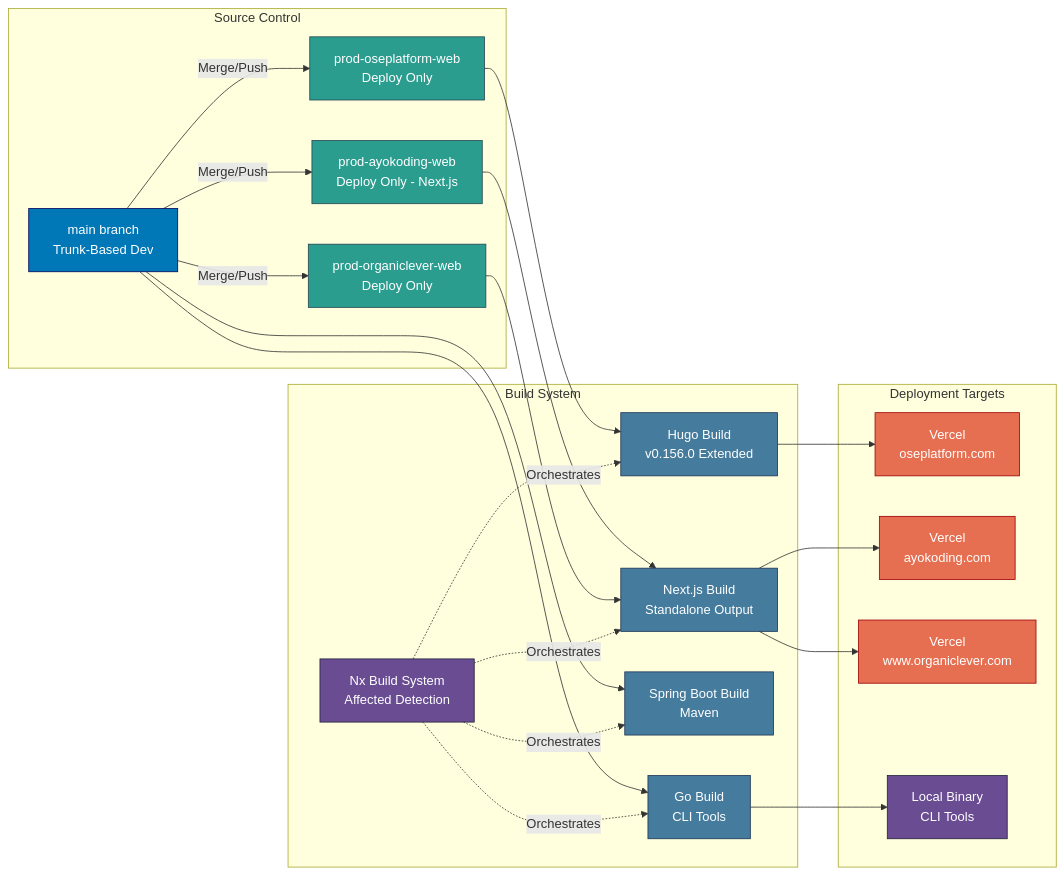
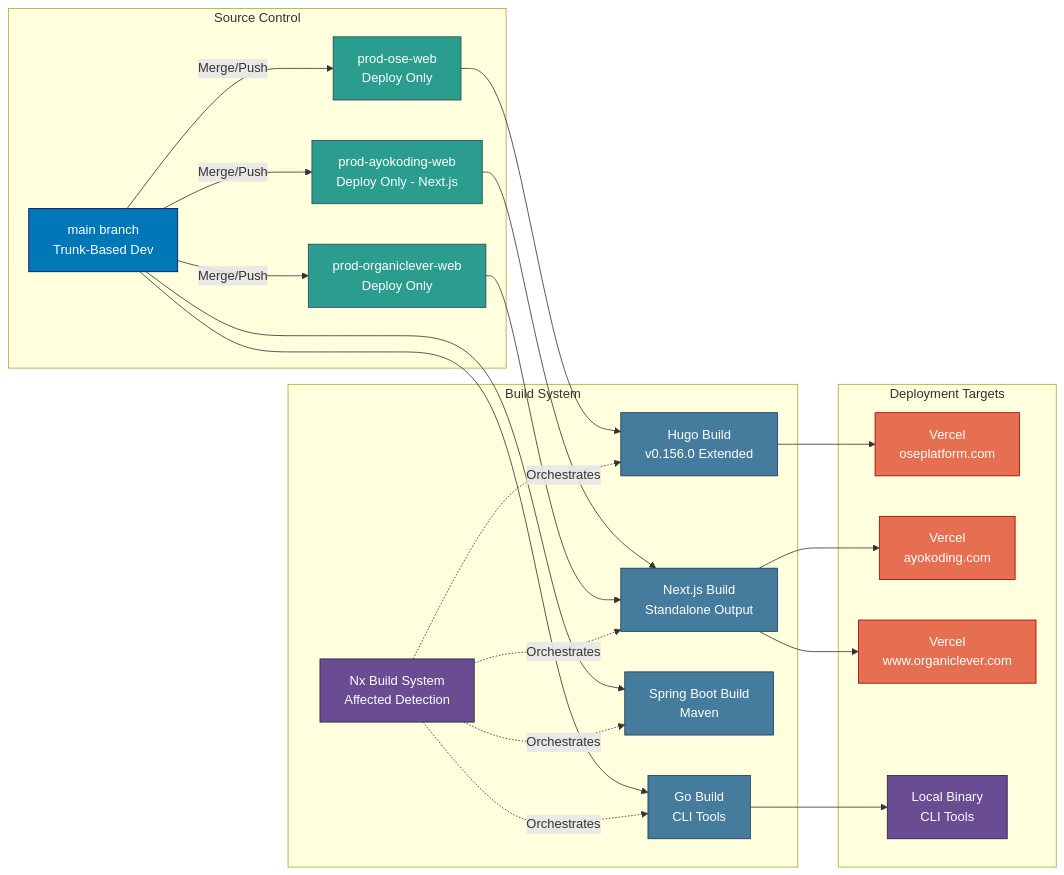
The diagram in docs/reference/system-architecture/deployment.md (wahidyankf/open-sharia-enterprise), drawn with Mermaid before and after one commit. The commit also changed other lines of this file and 431 other files, not shown here.

Commit message:
refactor(ose-web): rename oseplatform-* to ose-* for shorter names

````diff
--- a/docs/reference/system-architecture/deployment.md
+++ b/docs/reference/system-architecture/deployment.md
@@ -18,58 +18,58 @@
 ```mermaid
 graph LR
     subgraph "Source Control"
         MAIN[main branch<br/>Trunk-Based Dev]
-        PROD_OSE[prod-oseplatform-web<br/>Deploy Only]
+        PROD_OSE[prod-ose-web<br/>Deploy Only]
         PROD_AYO[prod-ayokoding-web<br/>Deploy Only - Next.js]
         PROD_OL[prod-organiclever-web<br/>Deploy Only]
     end
 
     subgraph "Build System"
         NX_BUILD[Nx Build System<br/>Affected Detection]
         HUGO_BUILD[Hugo Build<br/>v0.156.0 Extended]
         NEXT_BUILD[Next.js Build<br/>Standalone Output]
         SPRING_BUILD[Spring Boot Build<br/>Maven]
         GO_BUILD[Go Build<br/>CLI Tools]
     end
 
     subgraph "Deployment Targets"
         VERCEL_OSE[Vercel<br/>oseplatform.com]
         VERCEL_AYO[Vercel<br/>ayokoding.com]
         VERCEL_OL[Vercel<br/>www.organiclever.com]
         LOCAL[Local Binary<br/>CLI Tools]
     end
 
     MAIN -->|Merge/Push| PROD_OSE
     MAIN -->|Merge/Push| PROD_AYO
     MAIN -->|Merge/Push| PROD_OL
 
     PROD_OSE --> HUGO_BUILD
     PROD_AYO --> NEXT_BUILD
     PROD_OL --> NEXT_BUILD
     MAIN --> GO_BUILD
     MAIN --> SPRING_BUILD
 
     HUGO_BUILD --> VERCEL_OSE
     NEXT_BUILD --> VERCEL_AYO
     NEXT_BUILD --> VERCEL_OL
     GO_BUILD --> LOCAL
 
     NX_BUILD -.->|Orchestrates| HUGO_BUILD
     NX_BUILD -.->|Orchestrates| NEXT_BUILD
     NX_BUILD -.->|Orchestrates| SPRING_BUILD
     NX_BUILD -.->|Orchestrates| GO_BUILD
 
     style MAIN fill:#0077b6,stroke:#03045e,color:#ffffff
     style PROD_OSE fill:#2a9d8f,stroke:#264653,color:#ffffff
     style PROD_AYO fill:#2a9d8f,stroke:#264653,color:#ffffff
     style PROD_OL fill:#2a9d8f,stroke:#264653,color:#ffffff
     style NX_BUILD fill:#6a4c93,stroke:#22223b,color:#ffffff
     style HUGO_BUILD fill:#457b9d,stroke:#1d3557,color:#ffffff
     style NEXT_BUILD fill:#457b9d,stroke:#1d3557,color:#ffffff
     style SPRING_BUILD fill:#457b9d,stroke:#1d3557,color:#ffffff
     style GO_BUILD fill:#457b9d,stroke:#1d3557,color:#ffffff
     style VERCEL_OSE fill:#e76f51,stroke:#9d0208,color:#ffffff
     style VERCEL_AYO fill:#e76f51,stroke:#9d0208,color:#ffffff
     style VERCEL_OL fill:#e76f51,stroke:#9d0208,color:#ffffff
     style LOCAL fill:#6a4c93,stroke:#22223b,color:#ffffff
 ```
````
